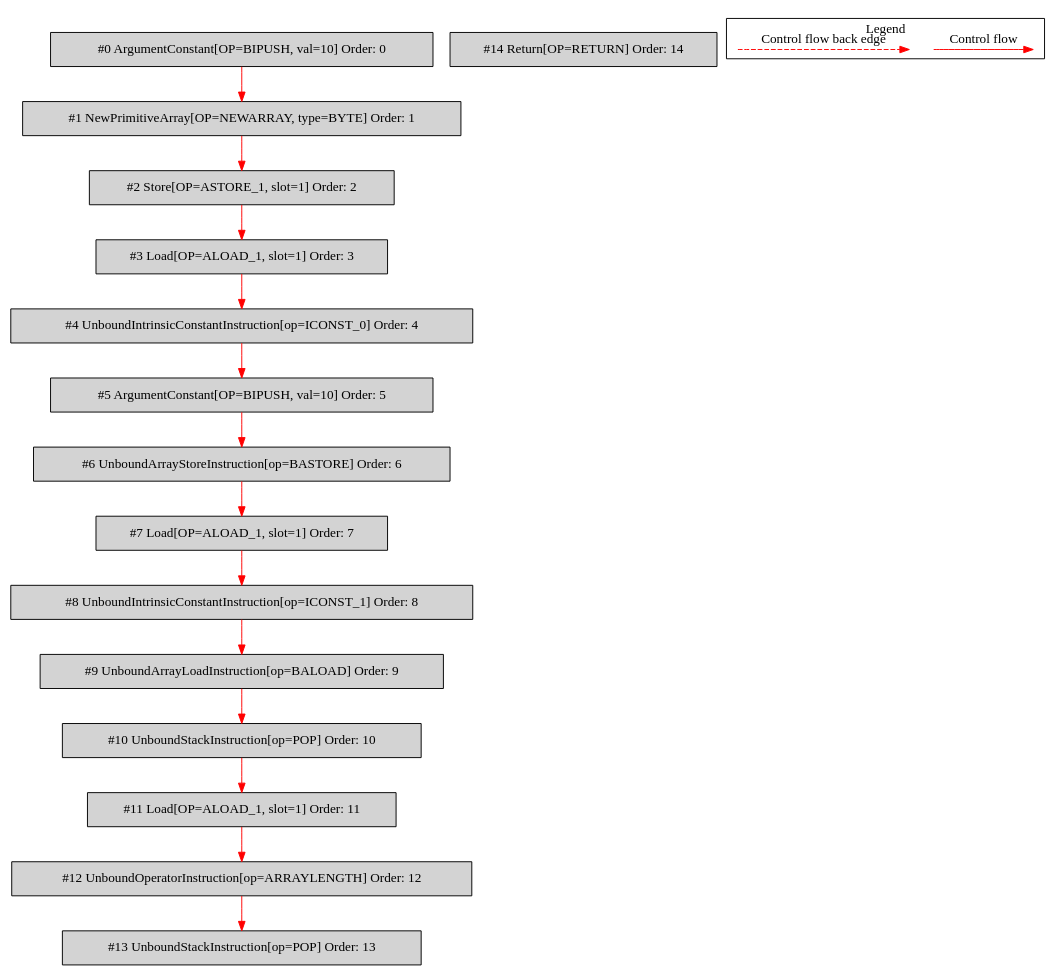
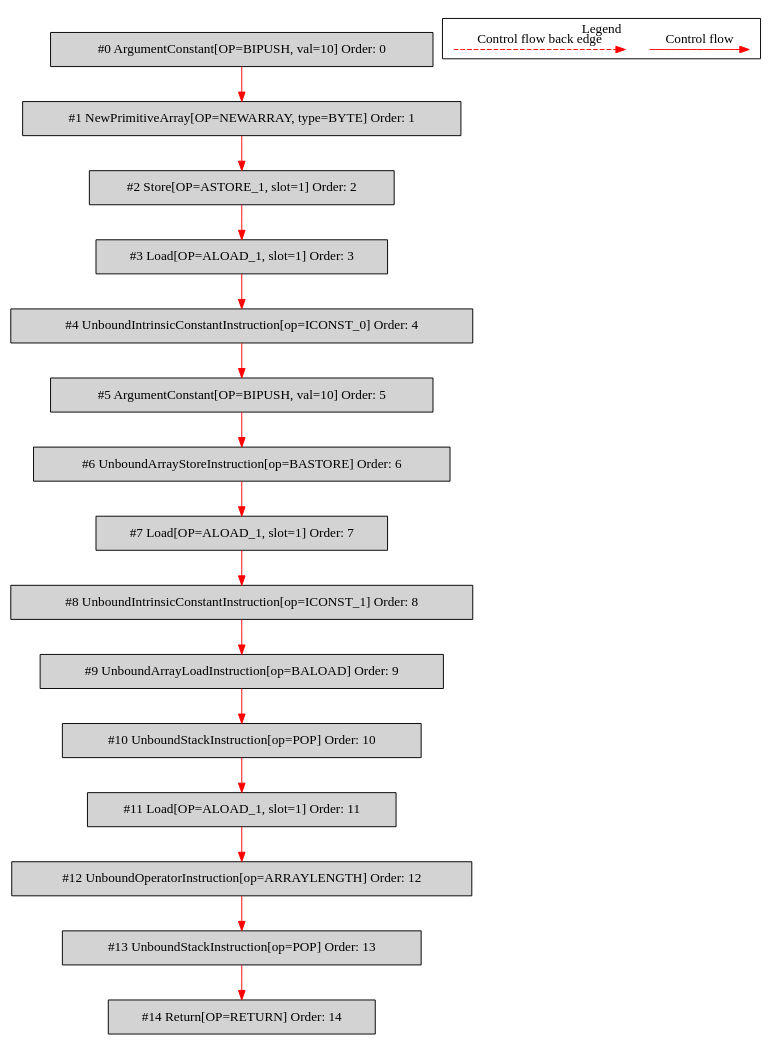
One commit to mirkosertic/MetaIR changed the diagram in de.mirkosertic.metair.ir.OpcodeNEWARRAYTest/test_NEWARRAY_byte/bytecodecfg.dot. Above: the diagram before and after it, drawn with Graphviz. The commit also changed 649 other files, not shown here.

```diff
--- a/de.mirkosertic.metair.ir.OpcodeNEWARRAYTest/test_NEWARRAY_byte/bytecodecfg.dot
+++ b/de.mirkosertic.metair.ir.OpcodeNEWARRAYTest/test_NEWARRAY_byte/bytecodecfg.dot
@@ -1,44 +1,45 @@
 digraph {
  node0[label="#0 ArgumentConstant[OP=BIPUSH, val=10] Order: 0", shape=box, fillcolor=lightgrey, style=filled];
  node1[label="#1 NewPrimitiveArray[OP=NEWARRAY, type=BYTE] Order: 1", shape=box, fillcolor=lightgrey, style=filled];
  node2[label="#2 Store[OP=ASTORE_1, slot=1] Order: 2", shape=box, fillcolor=lightgrey, style=filled];
  node3[label="#3 Load[OP=ALOAD_1, slot=1] Order: 3", shape=box, fillcolor=lightgrey, style=filled];
  node4[label="#4 UnboundIntrinsicConstantInstruction[op=ICONST_0] Order: 4", shape=box, fillcolor=lightgrey, style=filled];
  node5[label="#5 ArgumentConstant[OP=BIPUSH, val=10] Order: 5", shape=box, fillcolor=lightgrey, style=filled];
  node6[label="#6 UnboundArrayStoreInstruction[op=BASTORE] Order: 6", shape=box, fillcolor=lightgrey, style=filled];
  node7[label="#7 Load[OP=ALOAD_1, slot=1] Order: 7", shape=box, fillcolor=lightgrey, style=filled];
  node8[label="#8 UnboundIntrinsicConstantInstruction[op=ICONST_1] Order: 8", shape=box, fillcolor=lightgrey, style=filled];
  node9[label="#9 UnboundArrayLoadInstruction[op=BALOAD] Order: 9", shape=box, fillcolor=lightgrey, style=filled];
  node10[label="#10 UnboundStackInstruction[op=POP] Order: 10", shape=box, fillcolor=lightgrey, style=filled];
  node11[label="#11 Load[OP=ALOAD_1, slot=1] Order: 11", shape=box, fillcolor=lightgrey, style=filled];
  node12[label="#12 UnboundOperatorInstruction[op=ARRAYLENGTH] Order: 12", shape=box, fillcolor=lightgrey, style=filled];
  node13[label="#13 UnboundStackInstruction[op=POP] Order: 13", shape=box, fillcolor=lightgrey, style=filled];
  node14[label="#14 Return[OP=RETURN] Order: 14", shape=box, fillcolor=lightgrey, style=filled];
  node0 -> node1[color=red];
  node1 -> node2[color=red];
  node2 -> node3[color=red];
  node3 -> node4[color=red];
  node4 -> node5[color=red];
  node5 -> node6[color=red];
  node6 -> node7[color=red];
  node7 -> node8[color=red];
  node8 -> node9[color=red];
  node9 -> node10[color=red];
  node10 -> node11[color=red];
  node11 -> node12[color=red];
  node12 -> node13[color=red];
+ node13 -> node14[color=red];
  subgraph cluster_000 {
   label = "Legend";
   node [shape=point]
   {
    rank=same;
    c0 [style = invis];
    c1 [style = invis];
    c2 [style = invis];
    c3 [style = invis];
   }
   c0 -> c1 [label="Control flow", style=solid, color=red]
   c2 -> c3 [label="Control flow back edge", style=dashed, color=red]
  }
 
 }
```
